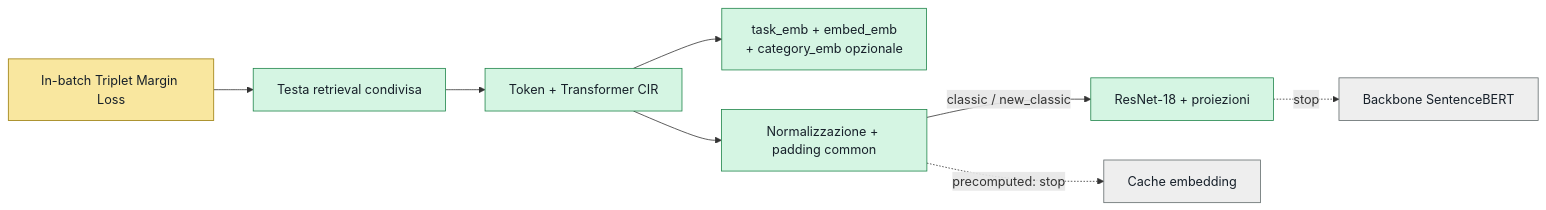
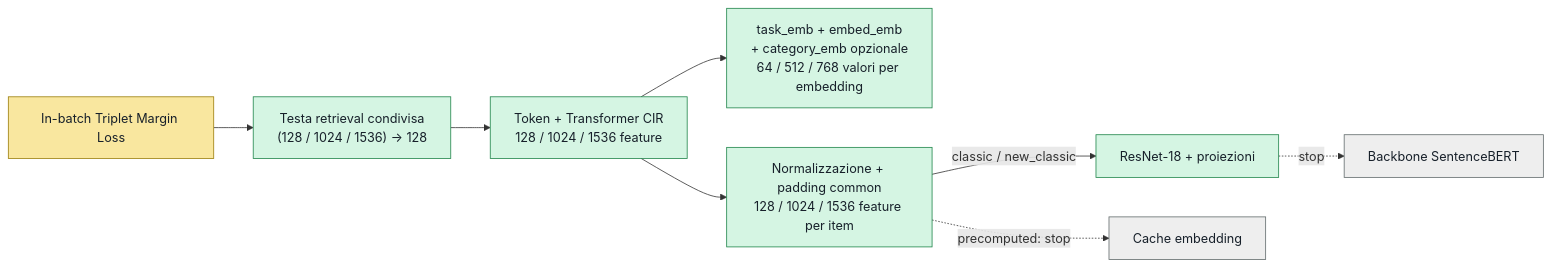
Before and after one commit to FlorindoDev/OutfitTransformer: the second of 2 diagrams in training/README.md, drawn with Mermaid. The commit also changed other lines of this file and 26 other files, not shown here.

````diff
--- a/training/README.md
+++ b/training/README.md
@@ -99,20 +99,20 @@
 ```mermaid
 flowchart LR
-    LOSS["In-batch Triplet Margin Loss"] --> HEAD["Testa retrieval condivisa"]
-    HEAD --> CIR["Token + Transformer CIR"]
-    CIR --> TOKEN["task_emb + embed_emb<br/>+ category_emb opzionale"]
-    CIR --> COMMON["Normalizzazione + padding common"]
+    LOSS["In-batch Triplet Margin Loss"] --> HEAD["Testa retrieval condivisa<br/>(128 / 1024 / 1536) → 128"]
+    HEAD --> CIR["Token + Transformer CIR<br/>128 / 1024 / 1536 feature"]
+    CIR --> TOKEN["task_emb + embed_emb<br/>+ category_emb opzionale<br/>64 / 512 / 768 valori per embedding"]
+    CIR --> COMMON["Normalizzazione + padding common<br/>128 / 1024 / 1536 feature per item"]
 
     COMMON -->|classic / new_classic| RAW["ResNet-18 + proiezioni"]
     RAW -.->|stop| SBERT["Backbone SentenceBERT"]
 
     COMMON -.->|precomputed: stop| CACHE["Cache embedding"]
 
     classDef trainable fill:#d5f5e3,stroke:#1e8449,color:#17202a;
     classDef frozen fill:#eeeeee,stroke:#616a6b,color:#17202a;
     classDef loss fill:#f9e79f,stroke:#9a7d0a,color:#17202a;
 
     class HEAD,CIR,TOKEN,COMMON,RAW trainable;
     class SBERT,CACHE frozen;
     class LOSS loss;
 ```
````
